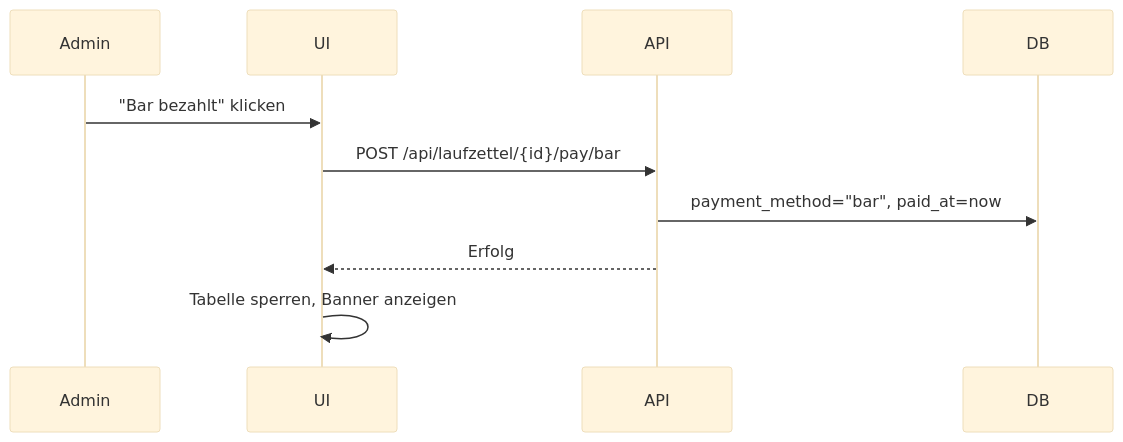
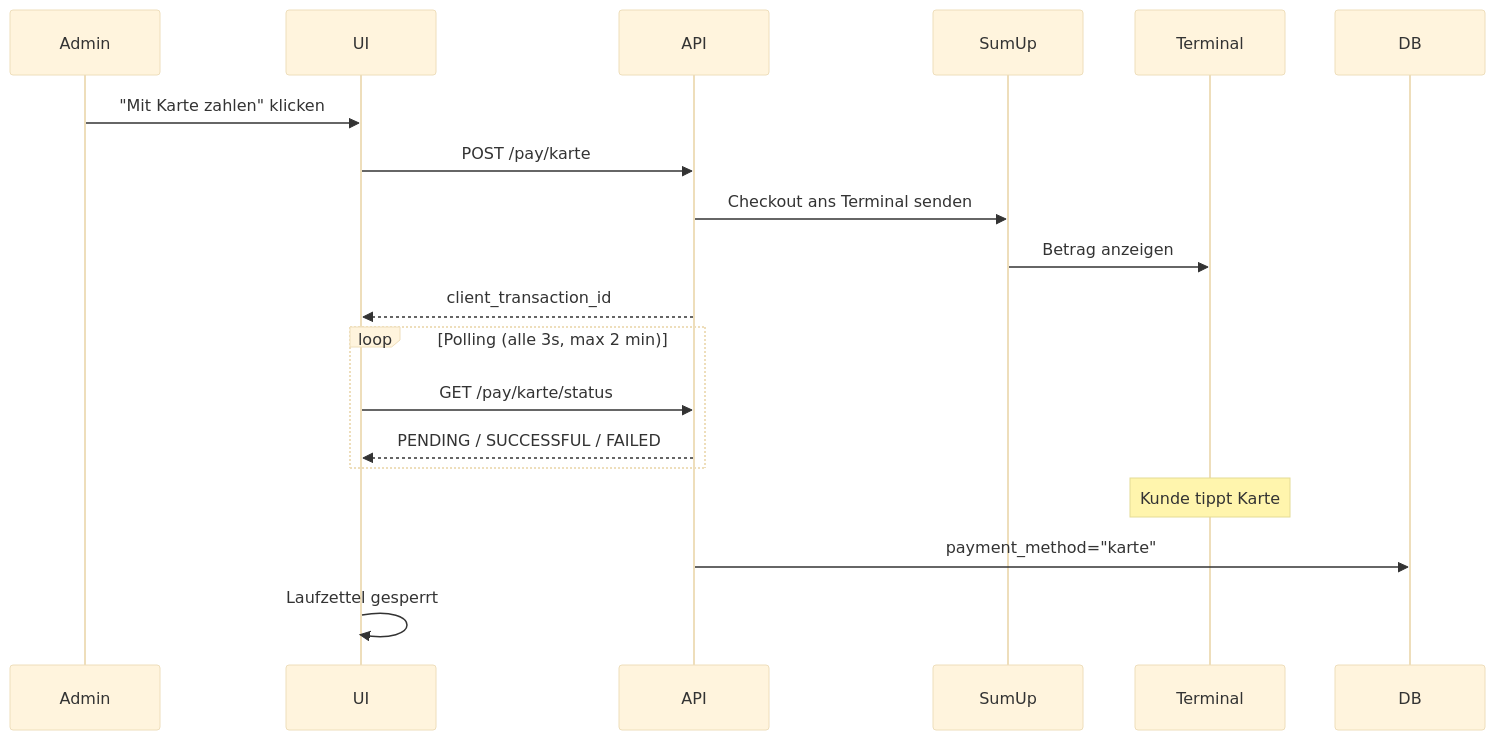
The first of 2 diagrams in docs/13-payments.de.md (AlexErlewein/MakerPi_GroundControl), drawn with Mermaid (base theme) before and after one commit. The commit also changed other lines of this file and 9 other files, not shown here.

````diff
--- a/docs/13-payments.de.md
+++ b/docs/13-payments.de.md
@@ -18,13 +60,23 @@
 ```mermaid
 sequenceDiagram
     participant Admin
     participant UI
     participant API
-    participant DB
+    participant SumUp
+    participant Terminal
 
-    Admin->>UI: "Bar bezahlt" klicken
-    UI->>API: POST /api/laufzettel/{id}/pay/bar
-    API->>DB: payment_method="bar", paid_at=now
-    API-->>UI: Erfolg
-    UI->>UI: Tabelle sperren, Banner anzeigen
+    Admin->>UI: "Mit Karte zahlen" klicken
+    UI->>API: POST /pay/karte
+    API->>SumUp: Checkout ans Terminal senden
+    SumUp->>Terminal: Betrag anzeigen
+    API-->>UI: client_transaction_id
+
+    loop Polling (alle 3s, max 2 min)
+        UI->>API: GET /pay/karte/status
+        API-->>UI: PENDING / SUCCESSFUL / FAILED
+    end
+
+    Note over Terminal: Kunde tippt Karte
+    API->>DB: payment_method="karte"
+    UI->>UI: Laufzettel gesperrt
 ```
````
